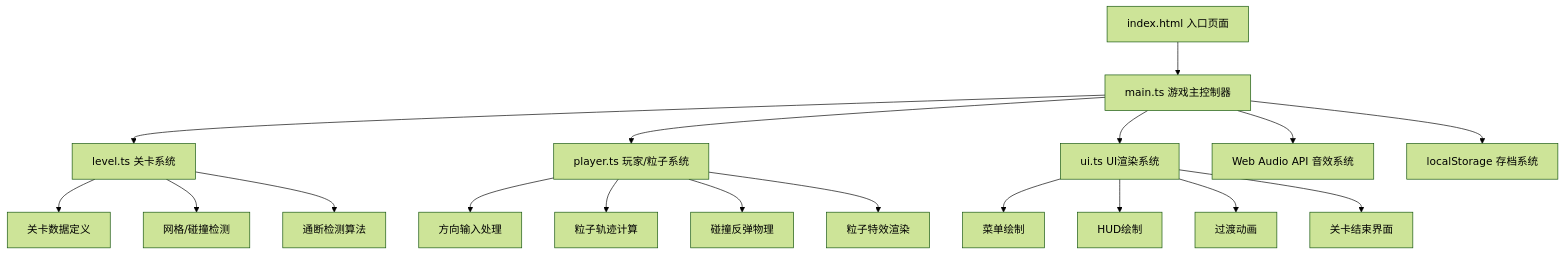
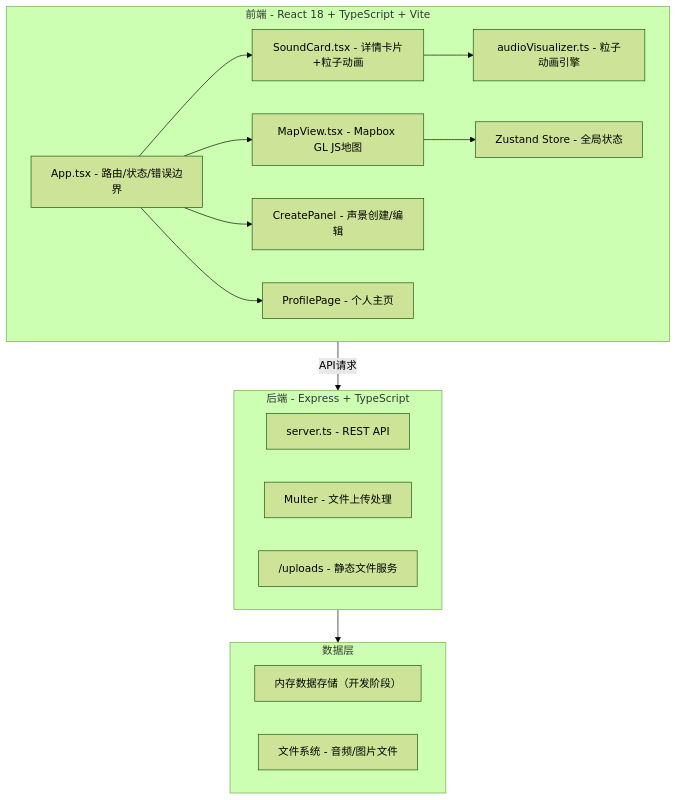
The first of 3 diagrams in cp2_6.11_auto9/.trae/documents/Technical-Architecture.md (NUDT-ZSL/Solo), drawn with Mermaid (forest theme) before and after one commit. The commit also changed other lines of this file and 10 other files, not shown here.

````diff
--- a/cp2_6.11_auto9/.trae/documents/Technical-Architecture.md
+++ b/cp2_6.11_auto9/.trae/documents/Technical-Architecture.md
@@ -3,20 +3,32 @@
 ```mermaid
-graph TD
-    A["index.html 入口页面"] --> B["main.ts 游戏主控制器"]
-    B --> C["level.ts 关卡系统"]
-    B --> D["player.ts 玩家/粒子系统"]
-    B --> E["ui.ts UI渲染系统"]
-    B --> F["Web Audio API 音效系统"]
-    B --> G["localStorage 存档系统"]
-    C --> H["关卡数据定义"]
-    C --> I["网格/碰撞检测"]
-    C --> J["通断检测算法"]
-    D --> K["方向输入处理"]
-    D --> L["粒子轨迹计算"]
-    D --> M["碰撞反弹物理"]
-    D --> N["粒子特效渲染"]
-    E --> O["菜单绘制"]
-    E --> P["HUD绘制"]
-    E --> Q["过渡动画"]
-    E --> R["关卡结束界面"]
+graph TB
+    subgraph Frontend["前端 - React 18 + TypeScript + Vite"]
+        A["App.tsx - 路由/状态/错误边界"]
+        B["MapView.tsx - Mapbox GL JS地图"]
+        C["SoundCard.tsx - 详情卡片+粒子动画"]
+        D["CreatePanel - 声景创建/编辑"]
+        E["ProfilePage - 个人主页"]
+        F["audioVisualizer.ts - 粒子动画引擎"]
+        G["Zustand Store - 全局状态"]
+    end
+
+    subgraph Backend["后端 - Express + TypeScript"]
+        H["server.ts - REST API"]
+        I["Multer - 文件上传处理"]
+        J["/uploads - 静态文件服务"]
+    end
+
+    subgraph Data["数据层"]
+        K["内存数据存储（开发阶段）"]
+        L["文件系统 - 音频/图片文件"]
+    end
+
+    A --> B
+    A --> C
+    A --> D
+    A --> E
+    C --> F
+    B --> G
+    Frontend -->|API请求| Backend
+    Backend --> Data
 ```
````
